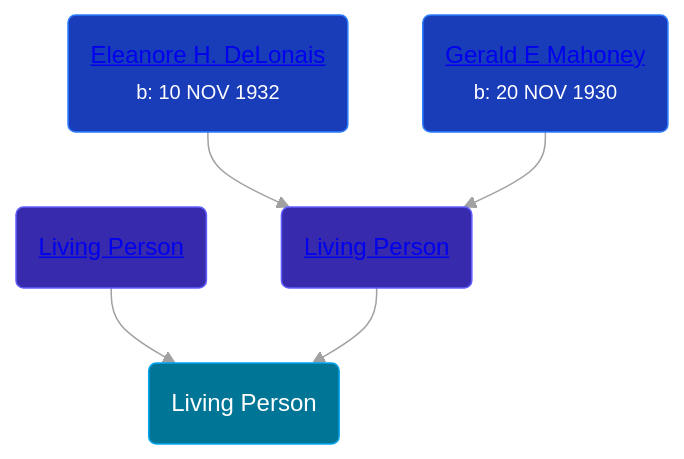
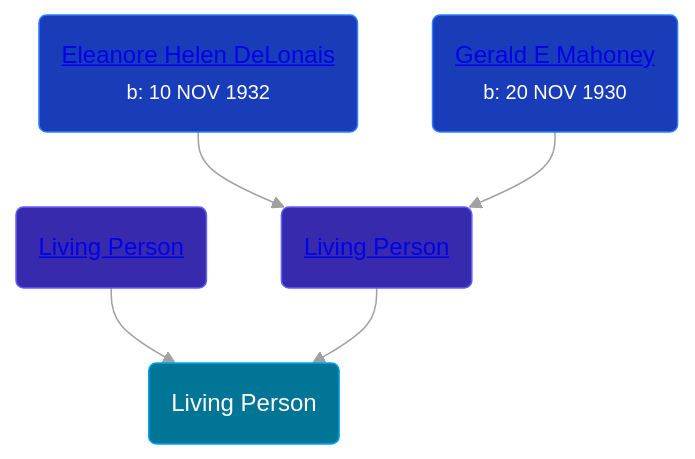
One commit to wpmgotkh/wpmgotkh.github.io changed the diagram in pages/people/3/30776424.md. Above: the diagram before and after it, drawn with Mermaid. The commit also changed 213 other files, not shown here.

````diff
--- a/pages/people/3/30776424.md
+++ b/pages/people/3/30776424.md
@@ -10,12 +10,12 @@
 ```mermaid
 graph
 classDef grands fill:#193cb8,stroke:#2b7fff,stroke-width:1px,color:#fff;
 classDef parents fill:#372aac,stroke:#615fff,stroke-width:1px,color:#fff;
 classDef primary fill:#007595,stroke:#00a6f4,stroke-width:1px,color:#fff;
 30776424(Living Person):::primary
 31854954(<a class="text-white" href="/people/3/31854954">Living Person</a>):::parents-->30776424
 57716919(<a class="text-white" href="/people/5/57716919">Living Person</a>):::parents-->30776424
-45463626(<a class="text-white" href="/people/4/45463626">Eleanore H. DeLonais</a><br /><small>b: 10 NOV 1932</small>):::grands-->57716919
+45463626(<a class="text-white" href="/people/4/45463626">Eleanore Helen DeLonais</a><br /><small>b: 10 NOV 1932</small>):::grands-->57716919
 10062624(<a class="text-white" href="/people/1/10062624">Gerald E Mahoney</a><br /><small>b: 20 NOV 1930</small>):::grands-->57716919
 linkStyle default stroke:#a1a1a1
 ```
````
